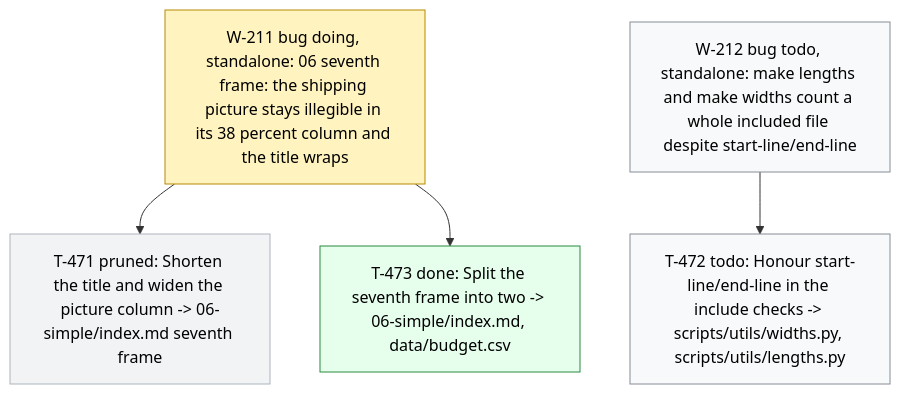
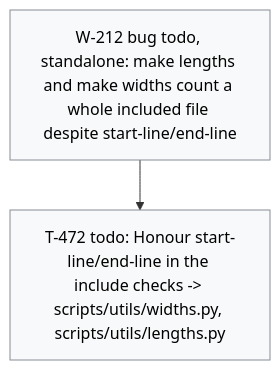
Before and after one commit to dpopchev/chaos-to-simple: the diagram in .board/BOARD.md, drawn with Mermaid. The commit also changed other lines of this file and 3 other files, not shown here.

````diff
--- a/.board/BOARD.md
+++ b/.board/BOARD.md
@@ -1245,17 +1251,11 @@
 ```mermaid
 flowchart TD
-  W211["W-211 bug doing, standalone: 06 seventh frame: the shipping picture stays illegible in its 38 percent column and the title wraps"]
-  W211 --> T471["T-471 pruned: Shorten the title and widen the picture column -> 06-simple/index.md seventh frame"]
-  W211 --> T473["T-473 done: Split the seventh frame into two -> 06-simple/index.md, data/budget.csv"]
   W212["W-212 bug todo, standalone: make lengths and make widths count a whole included file despite start-line/end-line"]
   W212 --> T472["T-472 todo: Honour start-line/end-line in the include checks -> scripts/utils/widths.py, scripts/utils/lengths.py"]
   classDef doing fill:#fff3bf,stroke:#b58900,color:#000;
   classDef blocked fill:#ffe3e3,stroke:#c92a2a,color:#000;
   classDef done fill:#e6ffed,stroke:#2b8a3e,color:#000;
   classDef todo fill:#f8f9fa,stroke:#868e96,color:#000;
   classDef pruned fill:#f1f3f5,stroke:#adb5bd,color:#000;
-  class W211 doing
-  class T473 done
   class W212,T472 todo
-  class T471 pruned
 ```
````
